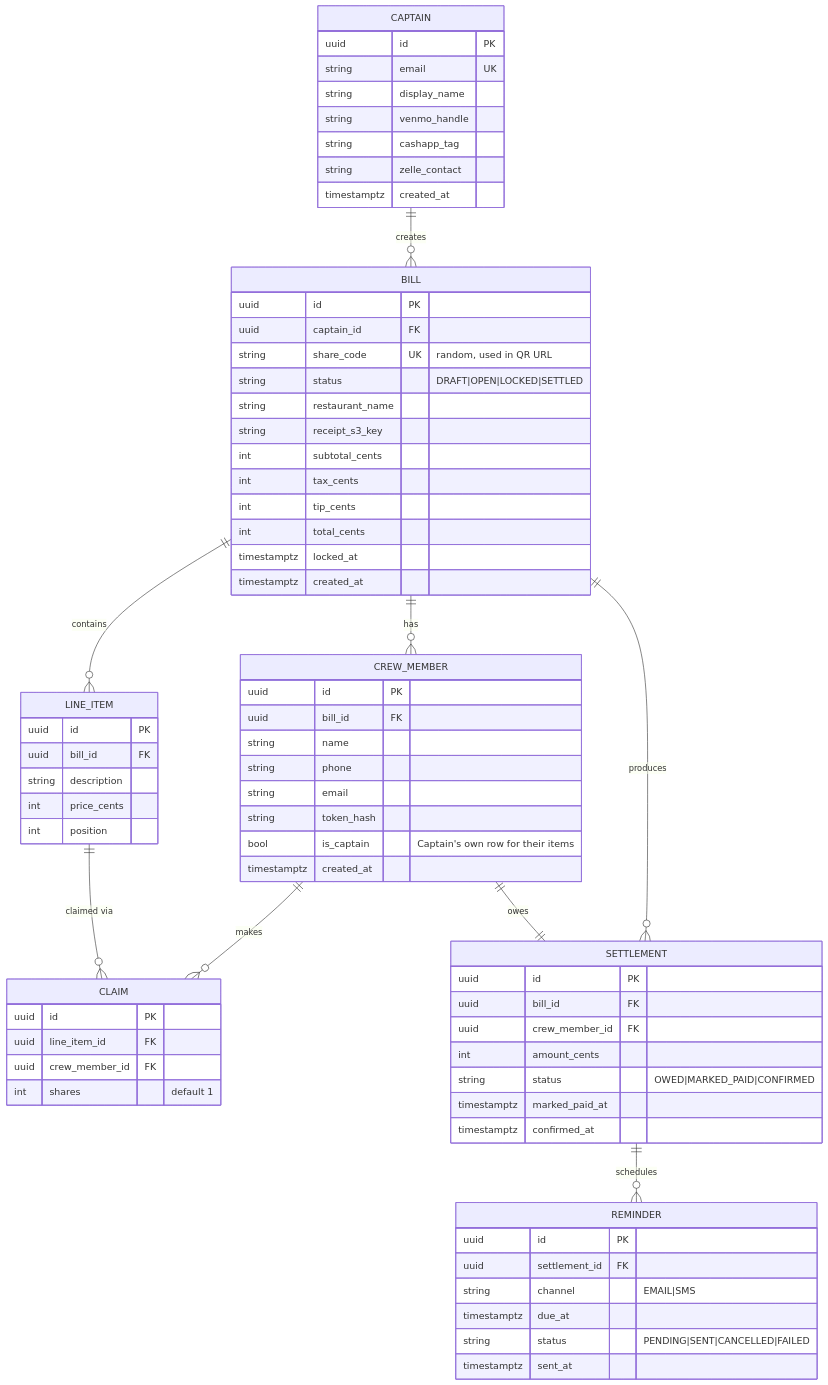
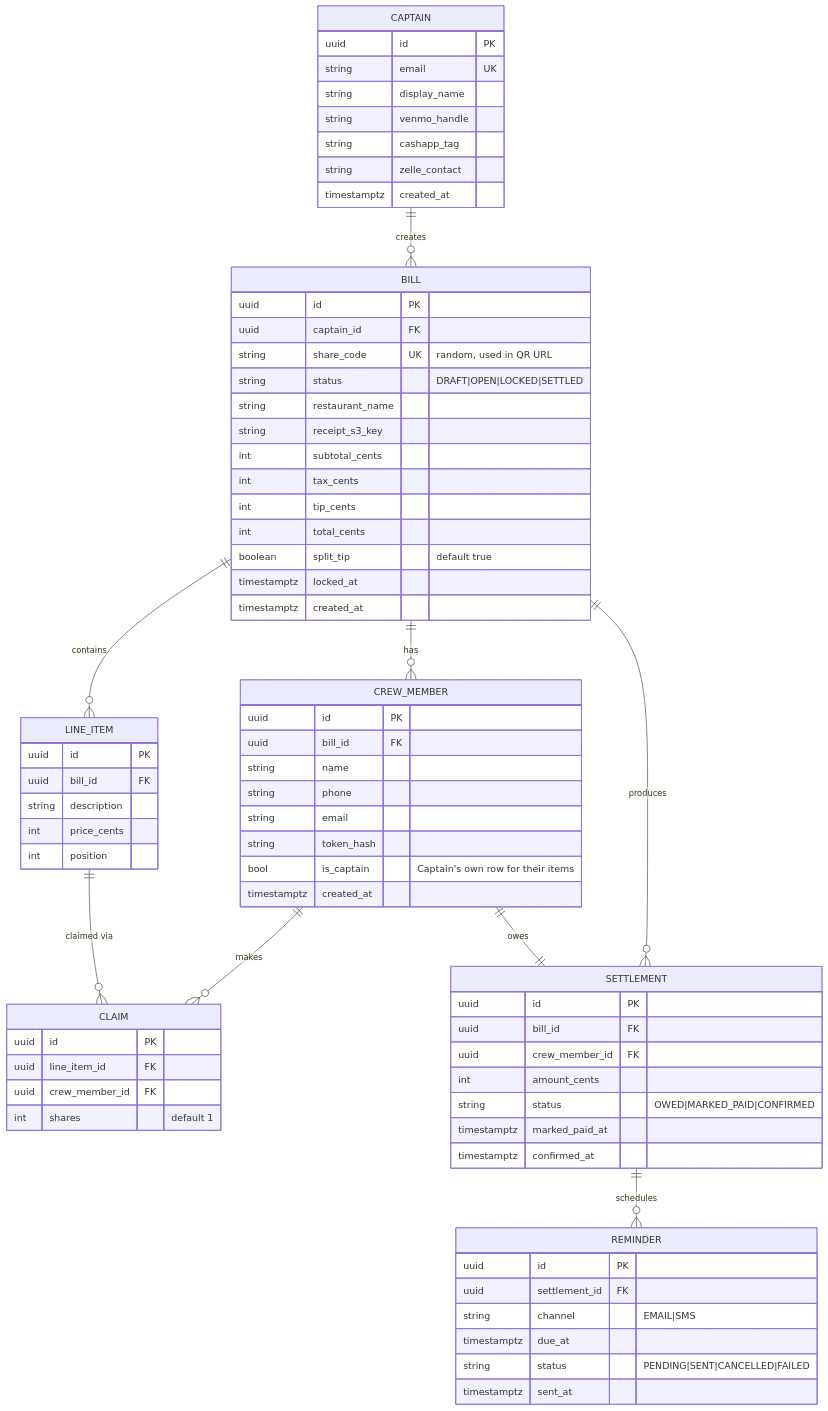
Before and after one commit to bhenry245/dibs: the fifth of 5 diagrams in docs/design.md, drawn with Mermaid. The commit also changed other lines of this file and 2 other files, not shown here.

````diff
--- a/docs/design.md
+++ b/docs/design.md
@@ -258,75 +261,76 @@
 ```mermaid
 erDiagram
     CAPTAIN ||--o{ BILL : creates
     BILL ||--o{ LINE_ITEM : contains
     BILL ||--o{ CREW_MEMBER : has
     LINE_ITEM ||--o{ CLAIM : "claimed via"
     CREW_MEMBER ||--o{ CLAIM : makes
     BILL ||--o{ SETTLEMENT : produces
     CREW_MEMBER ||--|| SETTLEMENT : owes
     SETTLEMENT ||--o{ REMINDER : schedules
 
     CAPTAIN {
         uuid id PK
         string email UK
         string display_name
         string venmo_handle
         string cashapp_tag
         string zelle_contact
         timestamptz created_at
     }
     BILL {
         uuid id PK
         uuid captain_id FK
         string share_code UK "random, used in QR URL"
         string status "DRAFT|OPEN|LOCKED|SETTLED"
         string restaurant_name
         string receipt_s3_key
         int subtotal_cents
         int tax_cents
         int tip_cents
         int total_cents
+        boolean split_tip "default true"
         timestamptz locked_at
         timestamptz created_at
     }
     LINE_ITEM {
         uuid id PK
         uuid bill_id FK
         string description
         int price_cents
         int position
     }
     CREW_MEMBER {
         uuid id PK
         uuid bill_id FK
         string name
         string phone
         string email
         string token_hash
         bool is_captain "Captain's own row for their items"
         timestamptz created_at
     }
     CLAIM {
         uuid id PK
         uuid line_item_id FK
         uuid crew_member_id FK
         int shares "default 1"
     }
     SETTLEMENT {
         uuid id PK
         uuid bill_id FK
         uuid crew_member_id FK
         int amount_cents
         string status "OWED|MARKED_PAID|CONFIRMED"
         timestamptz marked_paid_at
         timestamptz confirmed_at
     }
     REMINDER {
         uuid id PK
         uuid settlement_id FK
         string channel "EMAIL|SMS"
         timestamptz due_at
         string status "PENDING|SENT|CANCELLED|FAILED"
         timestamptz sent_at
     }
 ```
````
